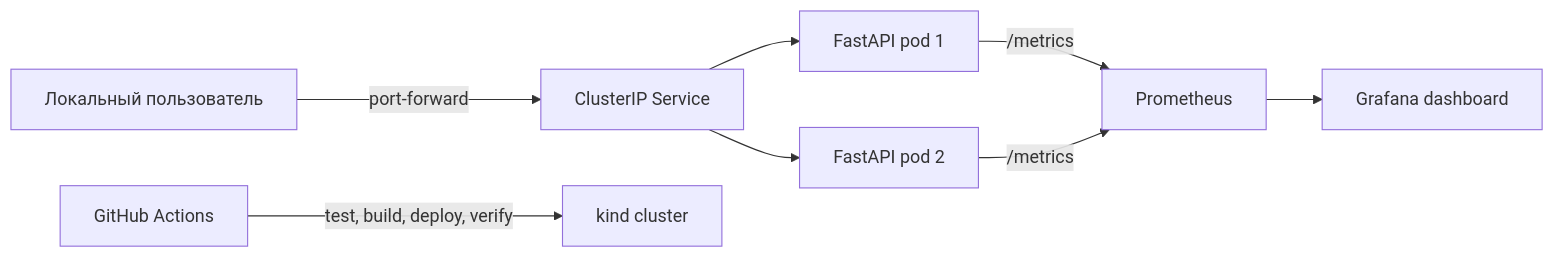
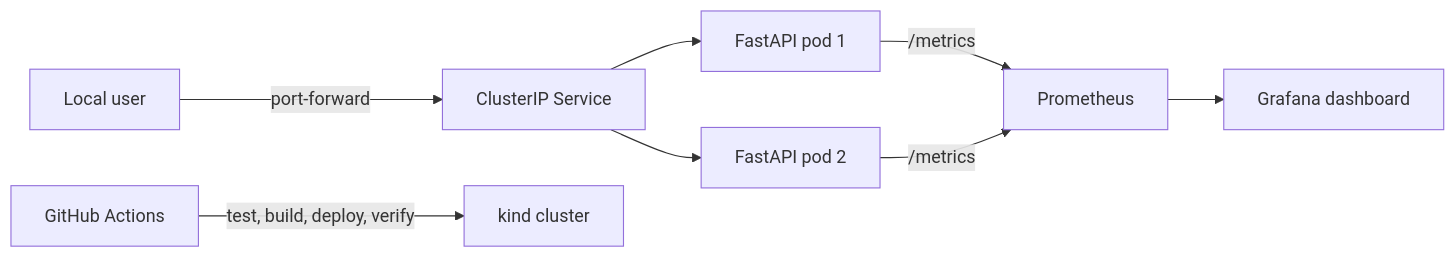
The diagram in README.md (NightOwlAdvocate/chronorec-k8s-infrastructure), drawn with Mermaid before and after one commit. The commit also changed other lines of this file and 6 other files, not shown here.

````diff
--- a/README.md
+++ b/README.md
@@ -25,10 +25,10 @@
 ```mermaid
 flowchart LR
-    User[Локальный пользователь] -->|port-forward| SVC[ClusterIP Service]
+    User[Local user] -->|port-forward| SVC[ClusterIP Service]
     SVC --> P1[FastAPI pod 1]
     SVC --> P2[FastAPI pod 2]
     P1 -->|/metrics| PROM[Prometheus]
     P2 -->|/metrics| PROM
     PROM --> GRAF[Grafana dashboard]
     GH[GitHub Actions] -->|test, build, deploy, verify| KIND[kind cluster]
 ```
````
